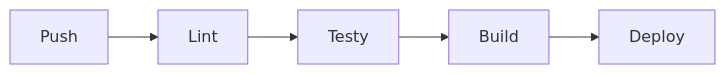
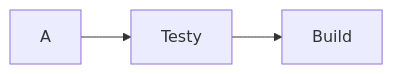
Before and after one commit to SmoQx/gitlab_env: the diagram in README.md, drawn with Mermaid. The commit also changed other lines of this file, not shown here.

````diff
--- a/README.md
+++ b/README.md
@@ -93,7 +91,5 @@
 ```mermaid
 graph LR
-A[Push] --> B[Lint]
-B --> C[Testy]
-C --> D[Build]
-D --> E[Deploy]
+A --> B[Testy]
+B --> C[Build]
 ```
````
